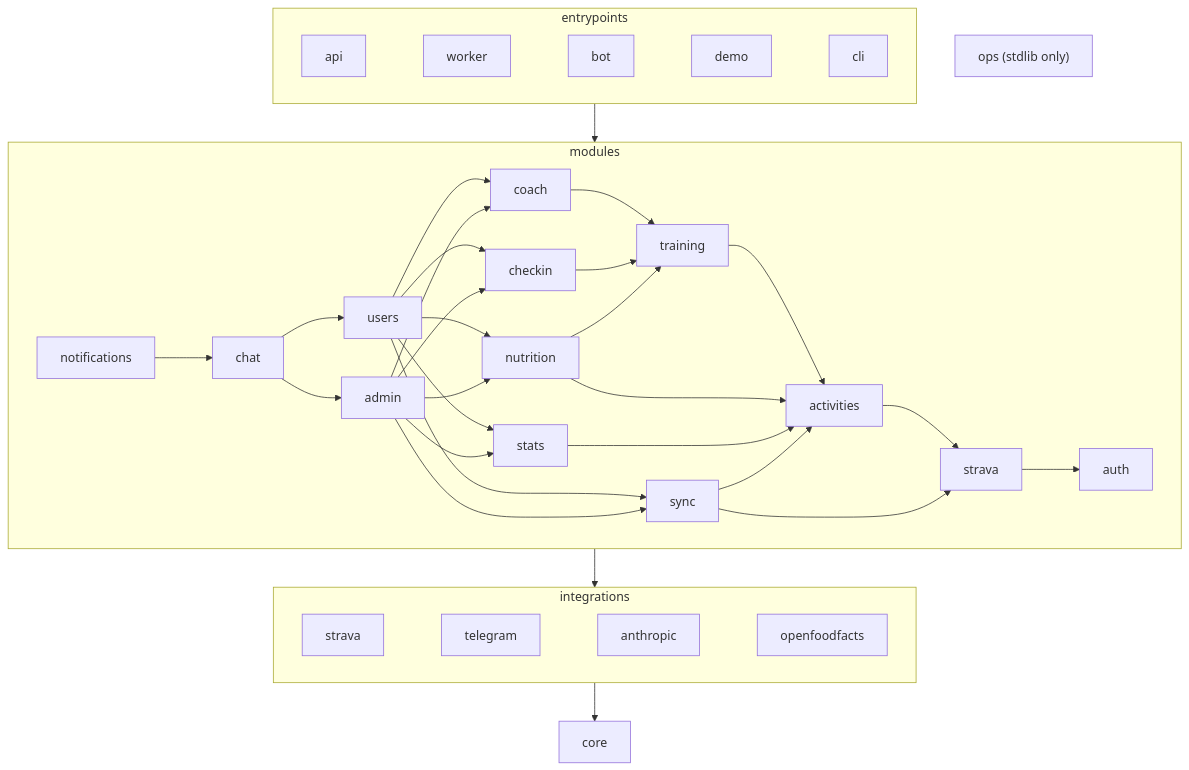
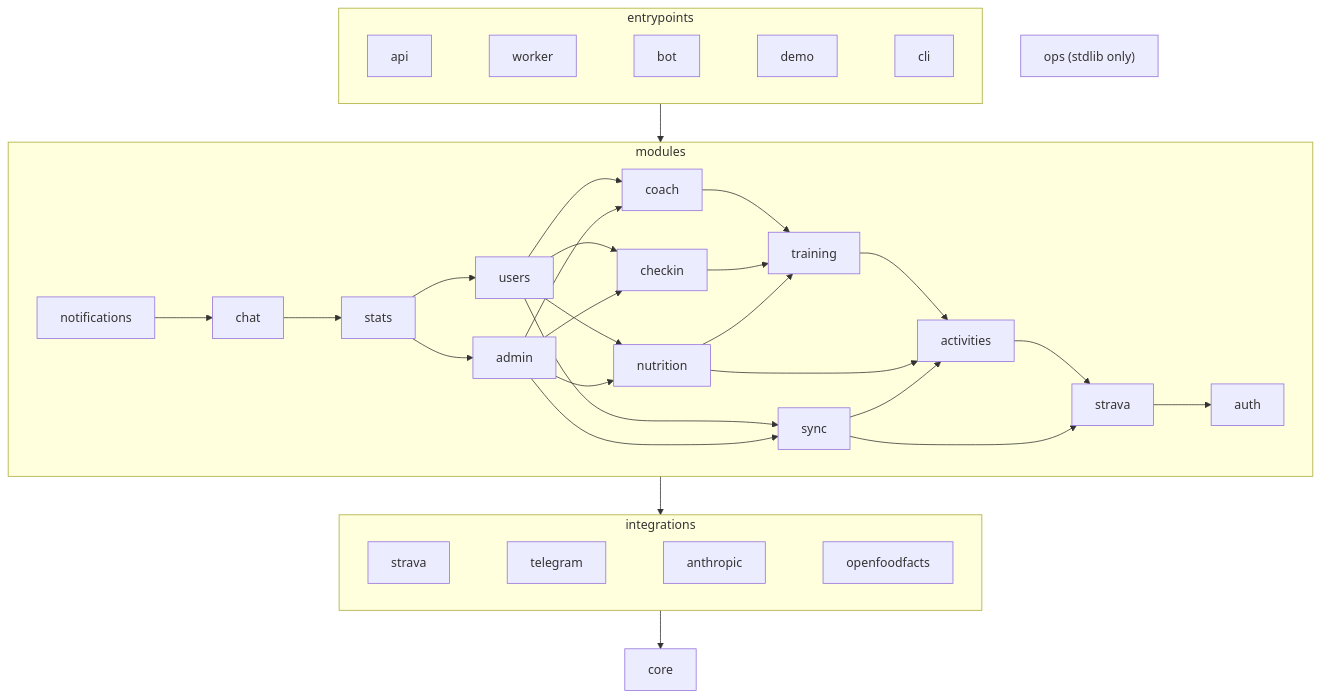
Diagram 32 of 36 in docs/diagrams.md (umutaydins/trainsync), drawn with Mermaid before and after one commit. The commit also changed other lines of this file and 53 other files, not shown here.

Commit message:
P8.11 stats in the bot and digests: /stats week|month|3m|6m|year|all with a coach verdict (praise gains, roast drops, calm when sick), weekly and monthly digests per user and zone with quiet hours, per-user switch; docs for P8.10-P8.11; web types narrowed to the summary fields in use

````diff
--- a/docs/diagrams.md
+++ b/docs/diagrams.md
@@ -1638,24 +1655,25 @@
 ```mermaid
 flowchart TB
   subgraph E["entrypoints"]
     direction LR
     eapi["api"] ~~~ eworker["worker"] ~~~ ebot["bot"] ~~~ edemo["demo"] ~~~ ecli["cli"]
   end
   subgraph M["modules"]
     notifications --> chat
-    chat --> users & admin
-    users & admin --> coach & checkin & nutrition & stats & sync
+    chat --> stats
+    stats --> users & admin
+    users & admin --> coach & checkin & nutrition & sync
     coach & checkin & nutrition --> training
-    training & nutrition & stats & sync --> activities
+    training & nutrition & sync --> activities
     activities --> strava
     sync --> strava
     strava --> auth
   end
   subgraph I["integrations"]
     direction LR
     istrava["strava"] ~~~ itelegram["telegram"] ~~~ ianthropic["anthropic"] ~~~ ioff["openfoodfacts"]
   end
   C["core"]
   E --> M --> I --> C
   O["ops (stdlib only)"]
 ```
````
